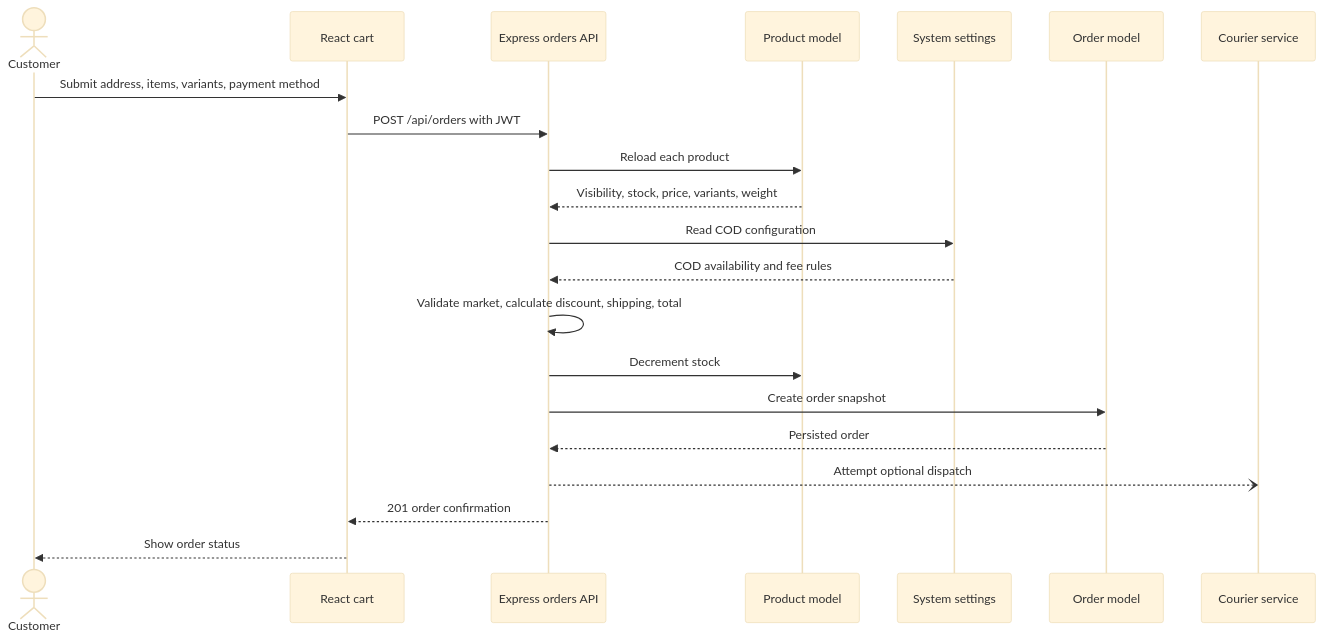
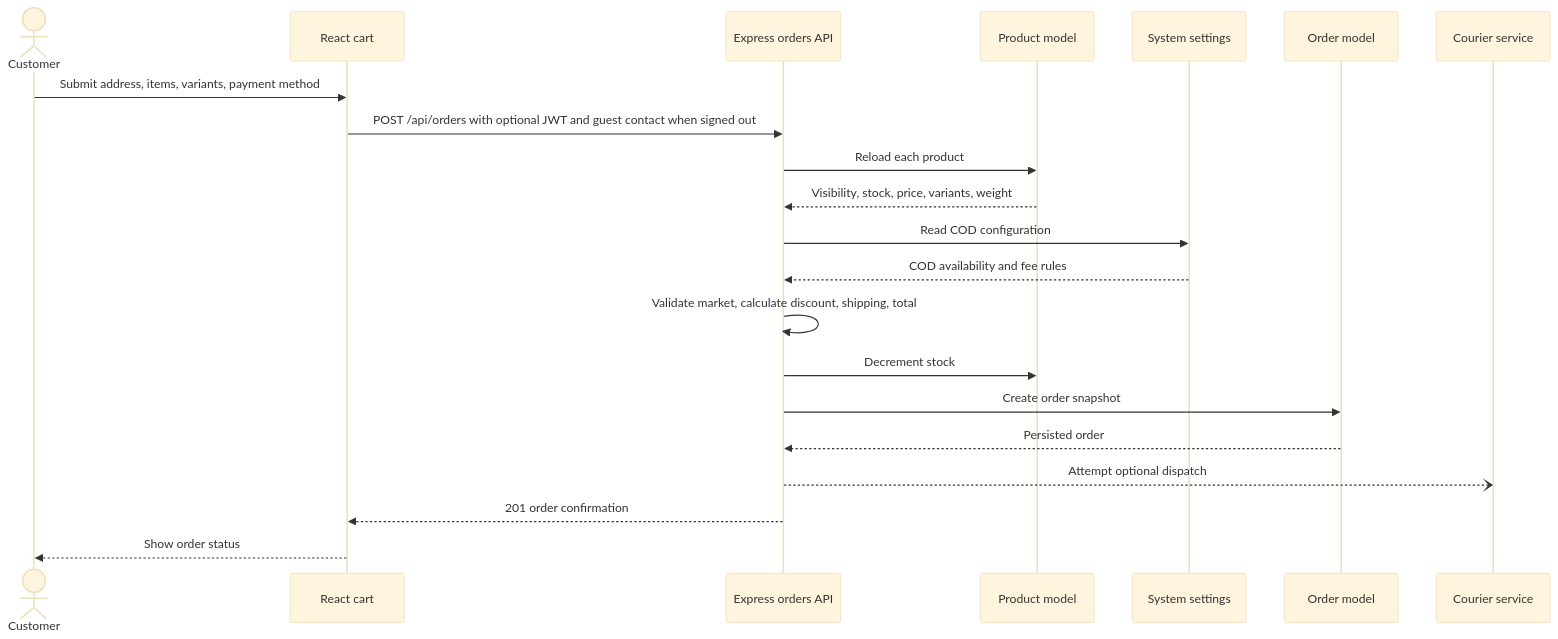
The third of 6 diagrams in docs/SRD.md (arbazfareed/e-commerce), drawn with Mermaid (base theme) before and after one commit. The commit also changed other lines of this file and 94 other files, not shown here.

````diff
--- a/docs/SRD.md
+++ b/docs/SRD.md
@@ -149,24 +156,24 @@
 ```mermaid
 sequenceDiagram
       actor Customer
       participant UI as React cart
       participant API as Express orders API
       participant Product as Product model
       participant Settings as System settings
       participant Order as Order model
       participant Courier as Courier service
 
       Customer->>UI: Submit address, items, variants, payment method
-      UI->>API: POST /api/orders with JWT
+      UI->>API: POST /api/orders with optional JWT and guest contact when signed out
       API->>Product: Reload each product
       Product-->>API: Visibility, stock, price, variants, weight
       API->>Settings: Read COD configuration
       Settings-->>API: COD availability and fee rules
       API->>API: Validate market, calculate discount, shipping, total
       API->>Product: Decrement stock
       API->>Order: Create order snapshot
       Order-->>API: Persisted order
       API--)Courier: Attempt optional dispatch
       API-->>UI: 201 order confirmation
       UI-->>Customer: Show order status
 ```
````
